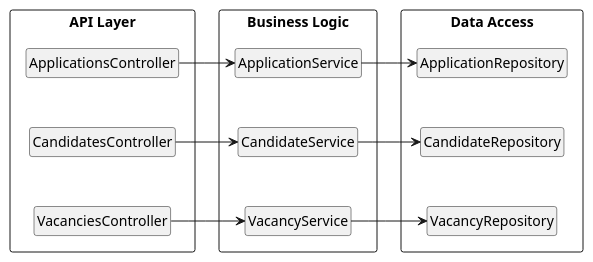
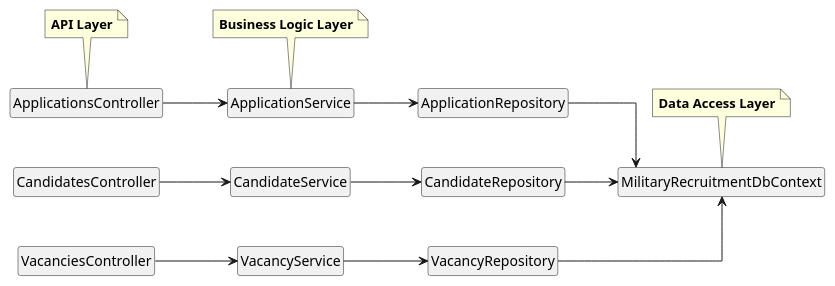
Before and after one commit to Its-Stressica/RecruitPlus: the diagram in diagram.puml/all-in-one-short.puml, drawn with PlantUML. The commit also changed 12 other files, not shown here.

Commit message:
Commented fields in diagrams to create a shorter one

```diff
--- a/diagram.puml/all-in-one-short.puml
+++ b/diagram.puml/all-in-one-short.puml
@@ -1,38 +1,48 @@
 @startuml
 ' Enable better layout
 skinparam linetype ortho
 skinparam nodesep 50
 skinparam ranksep 50
 skinparam classAttributeIconSize 0
 hide empty members
 hide circle
 left to right direction
 
-' Define layers
-rectangle "API Layer" {
-  class ApplicationsController
-  class CandidatesController
-  class VacanciesController
-}
-
-rectangle "Business Logic" {
-  class ApplicationService
-  class CandidateService
-  class VacancyService
-}
-
-rectangle "Data Access" {
-  class ApplicationRepository
-  class CandidateRepository
-  class VacancyRepository
-}
+' Define all classes with empty bodies
+class MilitaryRecruitmentDbContext
+class ApplicationRepository
+class CandidateRepository
+class VacancyRepository
+class ApplicationService
+class CandidateService
+class VacancyService
+class ApplicationsController
+class CandidatesController
+class VacanciesController
 
 ' Add relationships
 ApplicationsController --> ApplicationService
 CandidatesController --> CandidateService
 VacanciesController --> VacancyService
 
 ApplicationService --> ApplicationRepository
 CandidateService --> CandidateRepository
 VacancyService --> VacancyRepository
+
+ApplicationRepository --> MilitaryRecruitmentDbContext
+CandidateRepository --> MilitaryRecruitmentDbContext
+VacancyRepository --> MilitaryRecruitmentDbContext
+
+' Add layers as notes
+note top of MilitaryRecruitmentDbContext
+  <b>Data Access Layer</b>
+end note
+
+note top of ApplicationService
+  <b>Business Logic Layer</b>
+end note
+
+note top of ApplicationsController
+  <b>API Layer</b>
+end note
 @enduml
```
